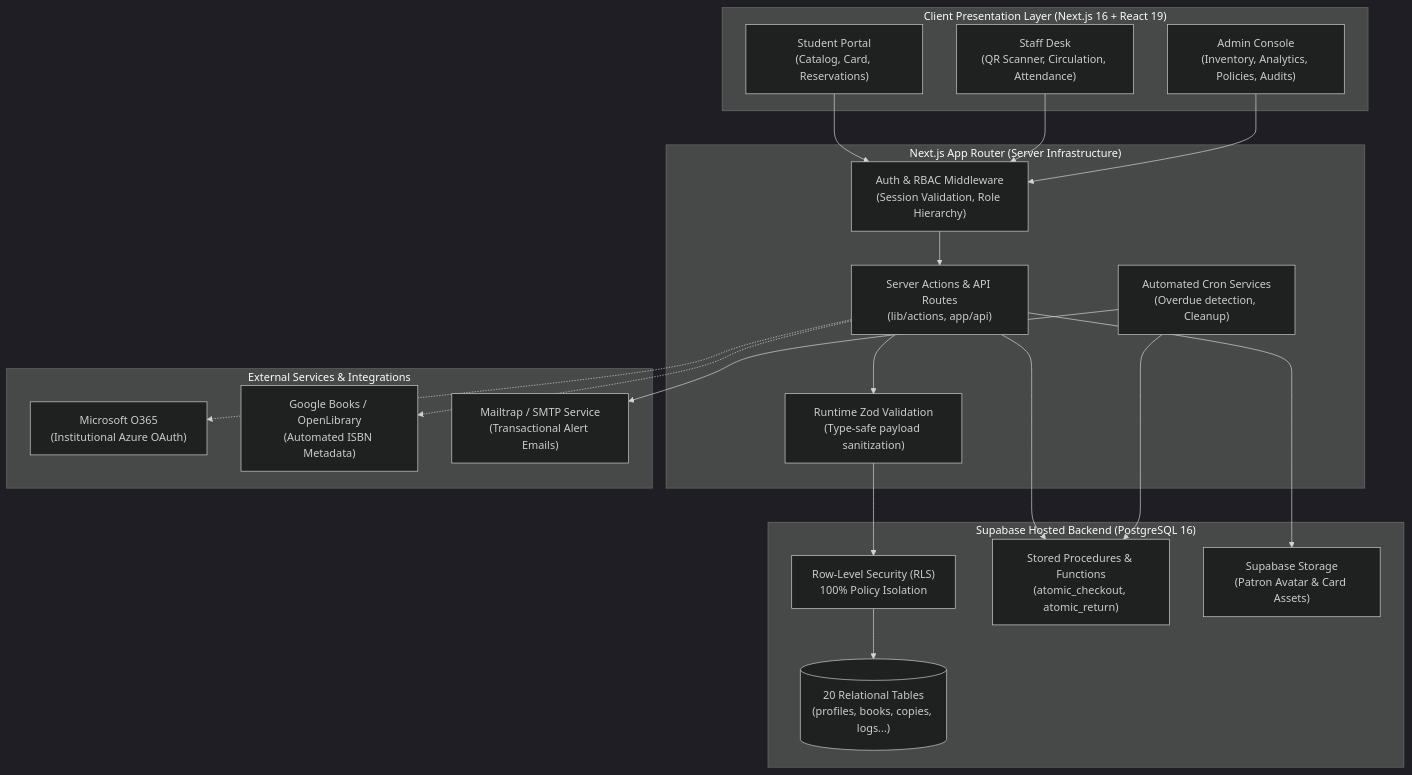
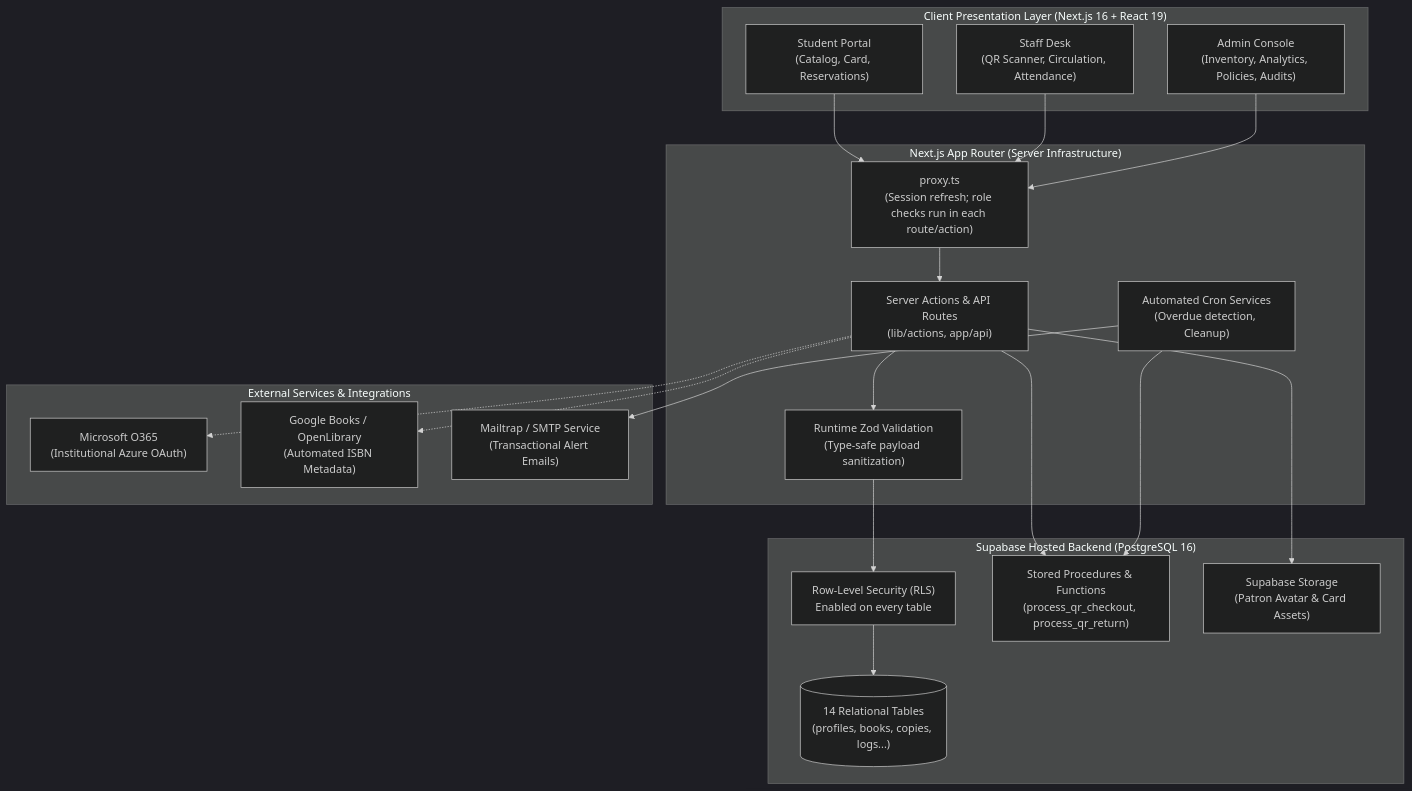
One commit to Godwynski/lumina-lms changed the diagram in README.md. Above: the diagram before and after it, drawn with Mermaid (dark theme). The commit also changed other lines of this file and 92 other files, not shown here.

````diff
--- a/README.md
+++ b/README.md
@@ -153,44 +153,44 @@
 ```mermaid
 flowchart TD
     subgraph Client ["Client Presentation Layer (Next.js 16 + React 19)"]
         UI_Student["Student Portal\n(Catalog, Card, Reservations)"]
         UI_Staff["Staff Desk\n(QR Scanner, Circulation, Attendance)"]
         UI_Admin["Admin Console\n(Inventory, Analytics, Policies, Audits)"]
     end
 
     subgraph AppServer ["Next.js App Router (Server Infrastructure)"]
-        Middleware["Auth & RBAC Middleware\n(Session Validation, Role Hierarchy)"]
+        Middleware["proxy.ts\n(Session refresh; role checks run in each route/action)"]
         ServerActions["Server Actions & API Routes\n(lib/actions, app/api)"]
         ZodValidator["Runtime Zod Validation\n(Type-safe payload sanitization)"]
         CronService["Automated Cron Services\n(Overdue detection, Cleanup)"]
     end
 
     subgraph External ["External Services & Integrations"]
         AzureOAuth["Microsoft O365\n(Institutional Azure OAuth)"]
         BookAPIs["Google Books / OpenLibrary\n(Automated ISBN Metadata)"]
         SMTPMail["Mailtrap / SMTP Service\n(Transactional Alert Emails)"]
     end
 
     subgraph SupabasePlatform ["Supabase Hosted Backend (PostgreSQL 16)"]
-        RLS["Row-Level Security (RLS)\n100% Policy Isolation"]
-        DB_Tables[("20 Relational Tables\n(profiles, books, copies, logs...)")]
-        AtomicRPC["Stored Procedures & Functions\n(atomic_checkout, atomic_return)"]
+        RLS["Row-Level Security (RLS)\nEnabled on every table"]
+        DB_Tables[("14 Relational Tables\n(profiles, books, copies, logs...)")]
+        AtomicRPC["Stored Procedures & Functions\n(process_qr_checkout, process_qr_return)"]
         StorageBucket["Supabase Storage\n(Patron Avatar & Card Assets)"]
     end
 
     UI_Student --> Middleware
     UI_Staff --> Middleware
     UI_Admin --> Middleware
 
     Middleware --> ServerActions
     ServerActions --> ZodValidator
     ZodValidator --> RLS
     RLS --> DB_Tables
     ServerActions --> AtomicRPC
     ServerActions --> StorageBucket
 
     ServerActions -.-> AzureOAuth
     ServerActions -.-> BookAPIs
     CronService --> SMTPMail
     CronService --> AtomicRPC
 ```
````
